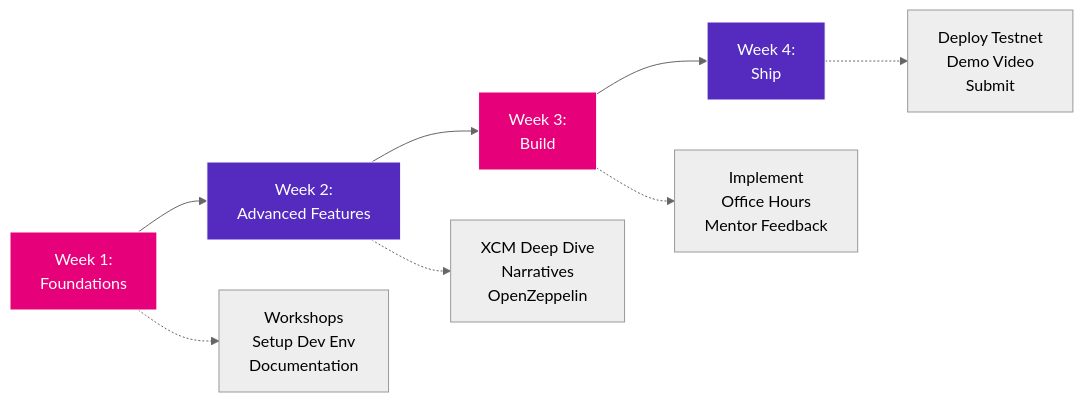
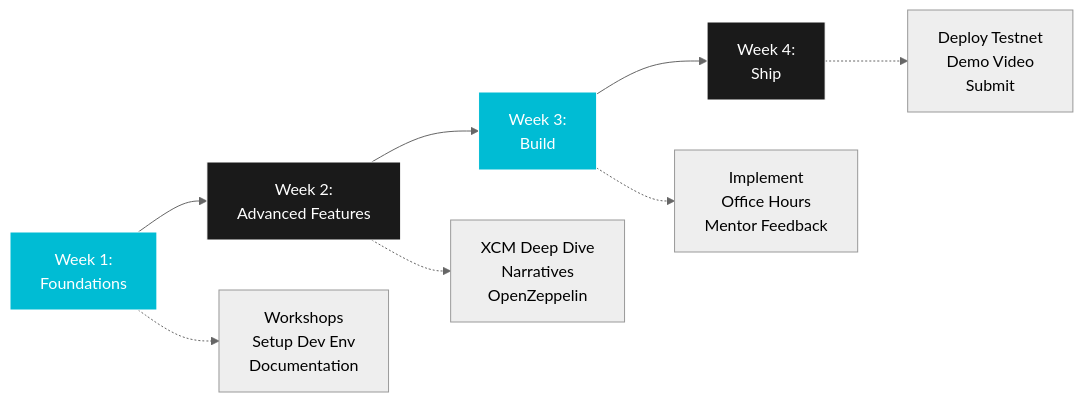
Before and after one commit to openguild-labs/polkadot-codecamp: the fourth of 4 diagrams in slides/introduction-to-polkadot-solidity.md, drawn with Mermaid (neutral theme). The commit also changed other lines of this file and 6 other files, not shown here.

````diff
--- a/slides/introduction-to-polkadot-solidity.md
+++ b/slides/introduction-to-polkadot-solidity.md
@@ -643,16 +643,16 @@
 ```mermaid
 graph LR
     W1[Week 1:<br/>Foundations] --> W2[Week 2:<br/>Advanced Features]
     W2 --> W3[Week 3:<br/>Build]
     W3 --> W4[Week 4:<br/>Ship]
 
     W1 -.-> W1A[Workshops<br/>Setup Dev Env<br/>Documentation]
     W2 -.-> W2A[XCM Deep Dive<br/>Narratives<br/>OpenZeppelin]
     W3 -.-> W3A[Implement<br/>Office Hours<br/>Mentor Feedback]
     W4 -.-> W4A[Deploy Testnet<br/>Demo Video<br/>Submit]
 
-    style W1 fill:#E6007A,stroke:#fff,color:#fff
-    style W2 fill:#552BBF,stroke:#fff,color:#fff
-    style W3 fill:#E6007A,stroke:#fff,color:#fff
-    style W4 fill:#552BBF,stroke:#fff,color:#fff
+    style W1 fill:#00BCD4,stroke:#fff,color:#fff
+    style W2 fill:#1a1a1a,stroke:#fff,color:#fff
+    style W3 fill:#00BCD4,stroke:#fff,color:#fff
+    style W4 fill:#1a1a1a,stroke:#fff,color:#fff
 ```
````
